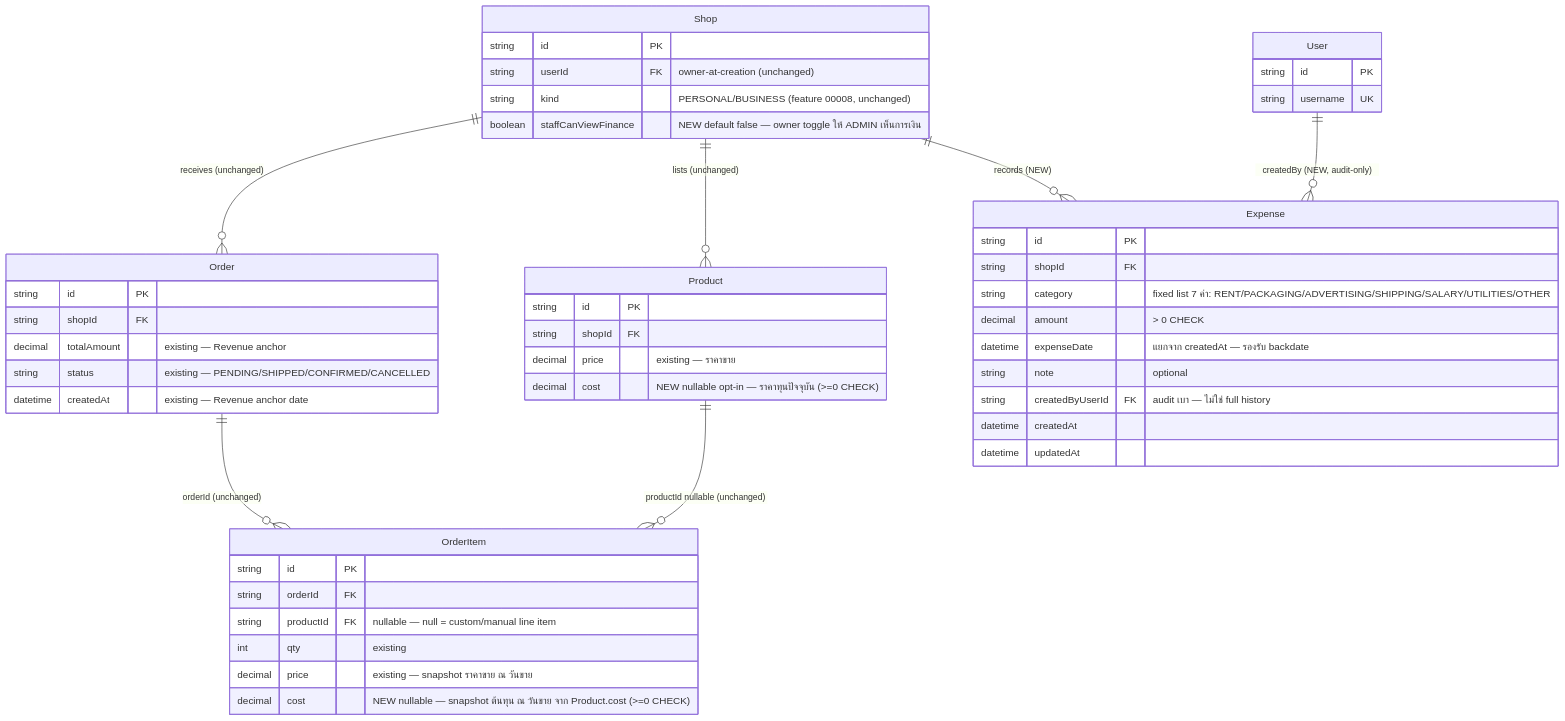
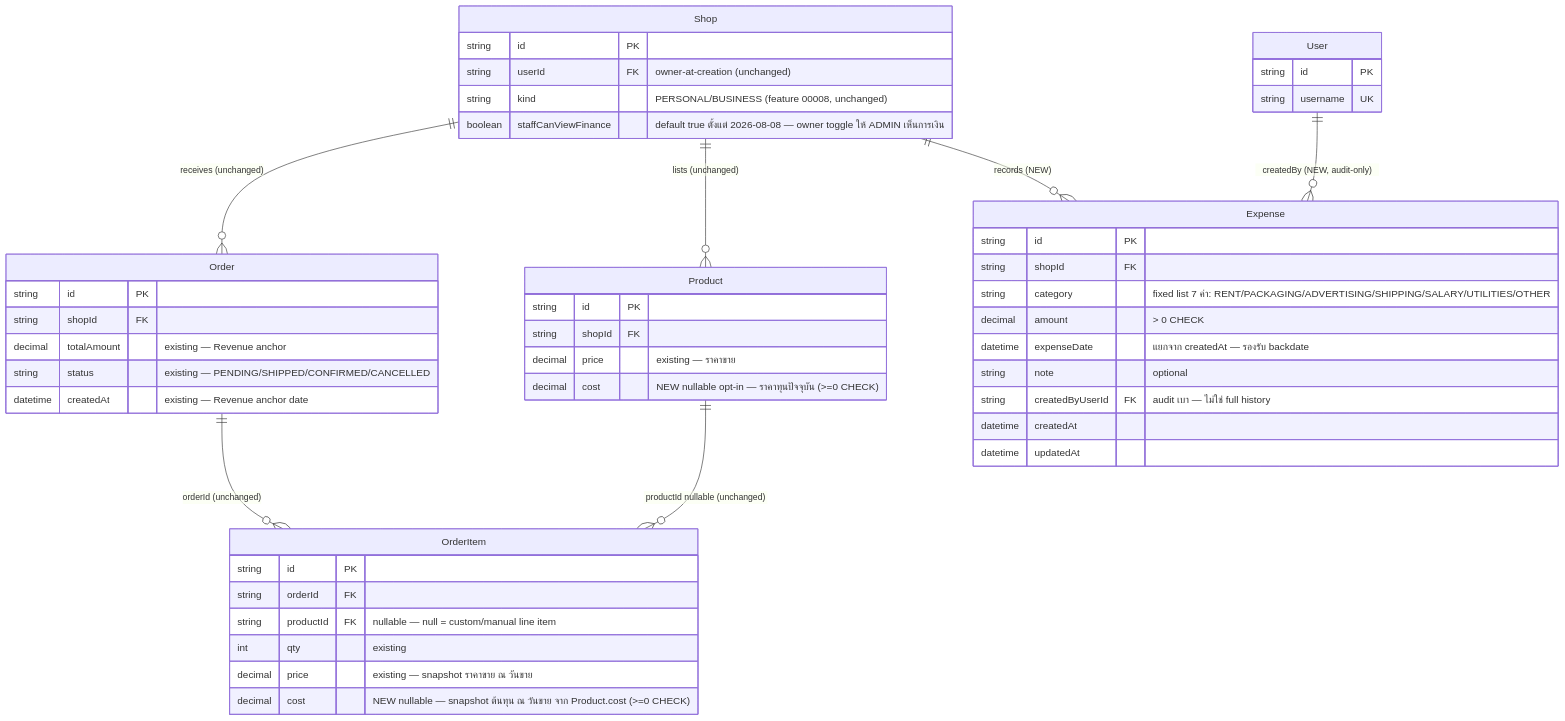
Before and after one commit to CodeCooLTH/deep-web: the diagram in docs/20 - Features/00016 - Expense & Cost Tracking/DATABASE.md, drawn with Mermaid. The commit also changed other lines of this file and 7 other files, not shown here.

````diff
--- a/docs/20 - Features/00016 - Expense & Cost Tracking/DATABASE.md
+++ b/docs/20 - Features/00016 - Expense & Cost Tracking/DATABASE.md
@@ -59,52 +59,52 @@
 ```mermaid
 erDiagram
     Shop ||--o{ Product : "lists (unchanged)"
     Shop ||--o{ Order : "receives (unchanged)"
     Shop ||--o{ Expense : "records (NEW)"
     Order ||--o{ OrderItem : "orderId (unchanged)"
     Product ||--o{ OrderItem : "productId nullable (unchanged)"
     User ||--o{ Expense : "createdBy (NEW, audit-only)"
 
     Shop {
         string id PK
         string userId FK "owner-at-creation (unchanged)"
         string kind "PERSONAL/BUSINESS (feature 00008, unchanged)"
-        boolean staffCanViewFinance "NEW default false — owner toggle ให้ ADMIN เห็นการเงิน"
+        boolean staffCanViewFinance "default true ตั้งแต่ 2026-08-08 — owner toggle ให้ ADMIN เห็นการเงิน"
     }
     Product {
         string id PK
         string shopId FK
         decimal price "existing — ราคาขาย"
         decimal cost "NEW nullable opt-in — ราคาทุนปัจจุบัน (>=0 CHECK)"
     }
     Order {
         string id PK
         string shopId FK
         decimal totalAmount "existing — Revenue anchor"
         string status "existing — PENDING/SHIPPED/CONFIRMED/CANCELLED"
         datetime createdAt "existing — Revenue anchor date"
     }
     OrderItem {
         string id PK
         string orderId FK
         string productId FK "nullable — null = custom/manual line item"
         int qty "existing"
         decimal price "existing — snapshot ราคาขาย ณ วันขาย"
         decimal cost "NEW nullable — snapshot ต้นทุน ณ วันขาย จาก Product.cost (>=0 CHECK)"
     }
     Expense {
         string id PK
         string shopId FK
         string category "fixed list 7 ค่า: RENT/PACKAGING/ADVERTISING/SHIPPING/SALARY/UTILITIES/OTHER"
         decimal amount "> 0 CHECK"
         datetime expenseDate "แยกจาก createdAt — รองรับ backdate"
         string note "optional"
         string createdByUserId FK "audit เบา — ไม่ใช่ full history"
         datetime createdAt
         datetime updatedAt
     }
     User {
         string id PK
         string username UK
     }
 ```
````
